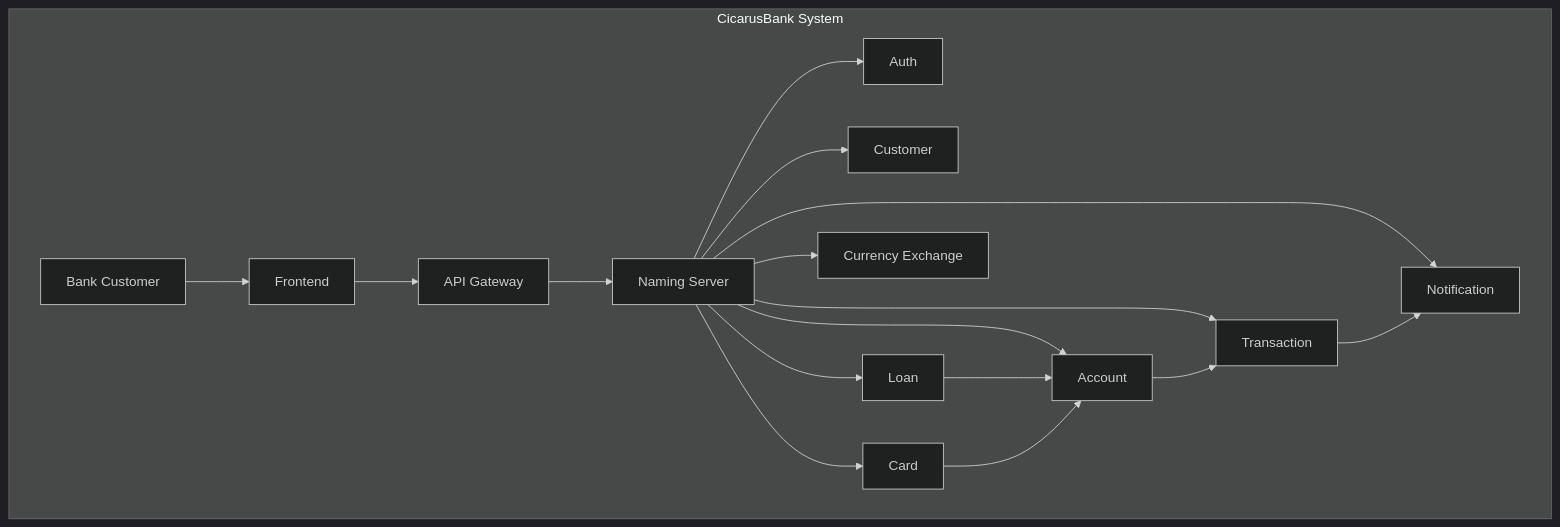
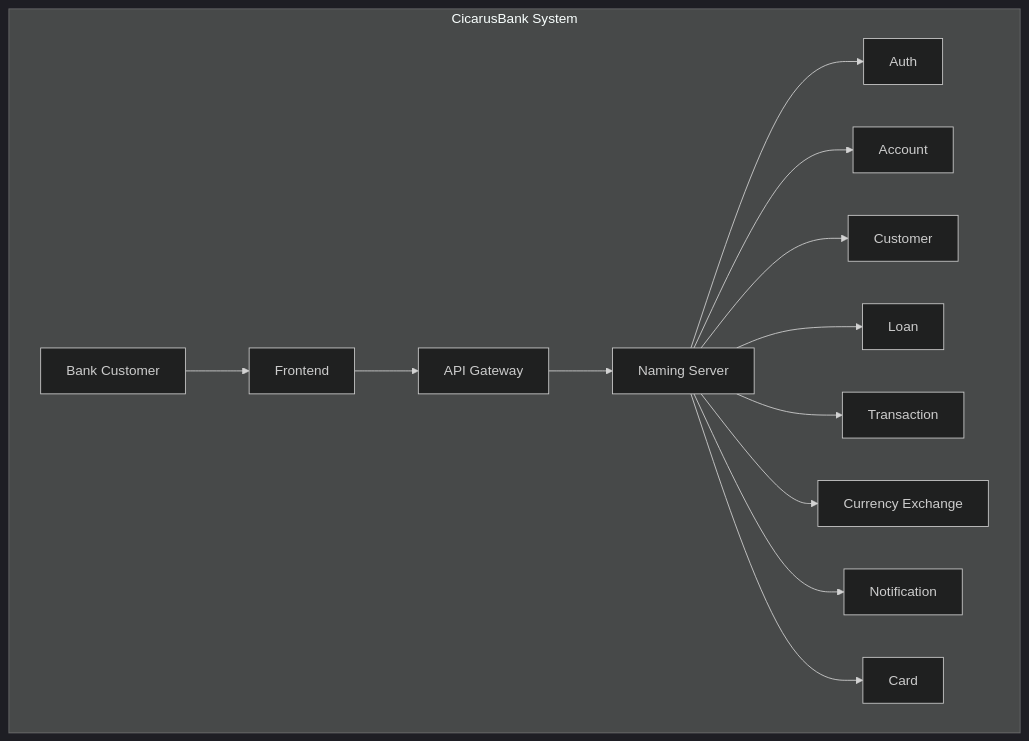
The diagram in README.md (itiro-y/CicarusBank), drawn with Mermaid (dark theme) before and after one commit.

````diff
--- a/README.md
+++ b/README.md
@@ -27,35 +27,31 @@
 ```mermaid
 graph TD
     subgraph "CicarusBank System"
         user[Bank Customer]
         frontend[Frontend]
         api_gateway[API Gateway]
         auth_service[Auth]
         account_service[Account]
         customer_service[Customer]
         loan_service[Loan]
         transaction_service[Transaction]
         currency_exchange_service[Currency Exchange]
         notification_service[Notification]
         card_service[Card]
         naming_server[Naming Server]
     end
 
     user --> frontend
     frontend --> api_gateway
     api_gateway --> naming_server
 
     naming_server --> auth_service
     naming_server --> account_service
     naming_server --> customer_service
     naming_server --> loan_service
     naming_server --> transaction_service
     naming_server --> currency_exchange_service
     naming_server --> notification_service
     naming_server --> card_service
     
-    account_service --> transaction_service
-    transaction_service --> notification_service
-    loan_service --> account_service
-    card_service --> account_service
 ```
````
